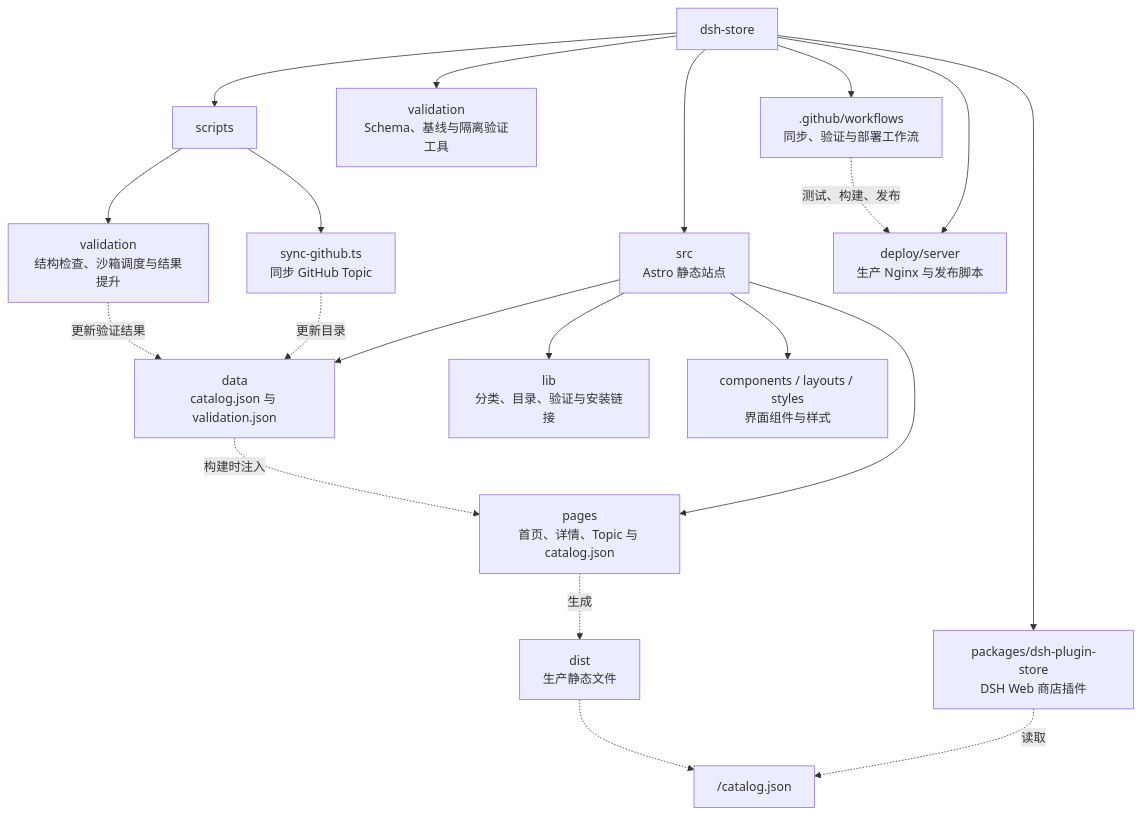
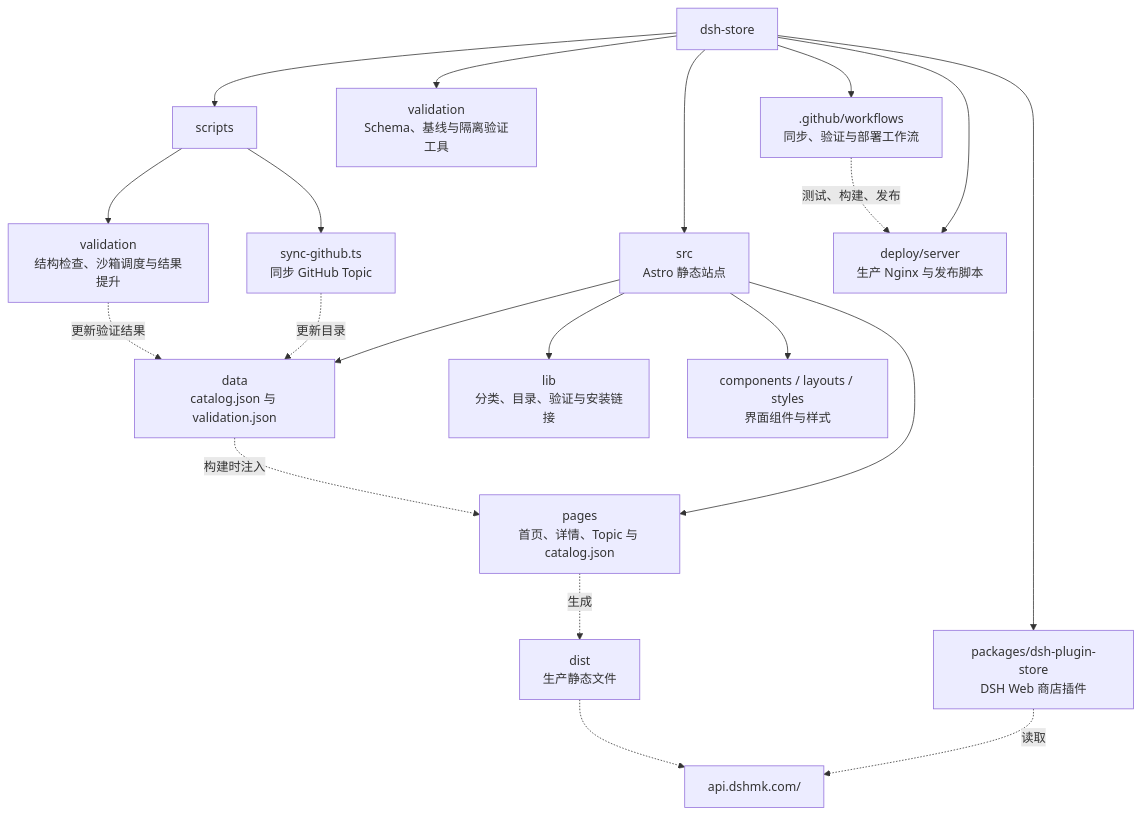
The diagram in README.md (ZASENJC/dsh-plugins-store), drawn with Mermaid before and after one commit. The commit also changed other lines of this file and 9 other files, not shown here.

Commit message:
fix: serve catalog from API root

````diff
--- a/README.md
+++ b/README.md
@@ -129,27 +129,27 @@
 ```mermaid
 flowchart TD
   ROOT["dsh-store"]
 
   ROOT --> SRC["src<br/>Astro 静态站点"]
   SRC --> PAGES["pages<br/>首页、详情、Topic 与 catalog.json"]
   SRC --> DATA["data<br/>catalog.json 与 validation.json"]
   SRC --> LIB["lib<br/>分类、目录、验证与安装链接"]
   SRC --> UI["components / layouts / styles<br/>界面组件与样式"]
 
   ROOT --> SCRIPTS["scripts"]
   SCRIPTS --> SYNC["sync-github.ts<br/>同步 GitHub Topic"]
   SCRIPTS --> VALIDATORS["validation<br/>结构检查、沙箱调度与结果提升"]
 
   ROOT --> SANDBOX["validation<br/>Schema、基线与隔离验证工具"]
   ROOT --> PLUGIN["packages/dsh-plugin-store<br/>DSH Web 商店插件"]
   ROOT --> DEPLOY["deploy/server<br/>生产 Nginx 与发布脚本"]
   ROOT --> ACTIONS[".github/workflows<br/>同步、验证与部署工作流"]
 
   SYNC -.->|更新目录| DATA
   VALIDATORS -.->|更新验证结果| DATA
   DATA -.->|构建时注入| PAGES
   PAGES -.->|生成| DIST["dist<br/>生产静态文件"]
-  PLUGIN -.->|读取| API["/catalog.json"]
+  PLUGIN -.->|读取| API["api.dshmk.com/"]
   DIST -.-> API
   ACTIONS -.->|测试、构建、发布| DEPLOY
 ```
````
